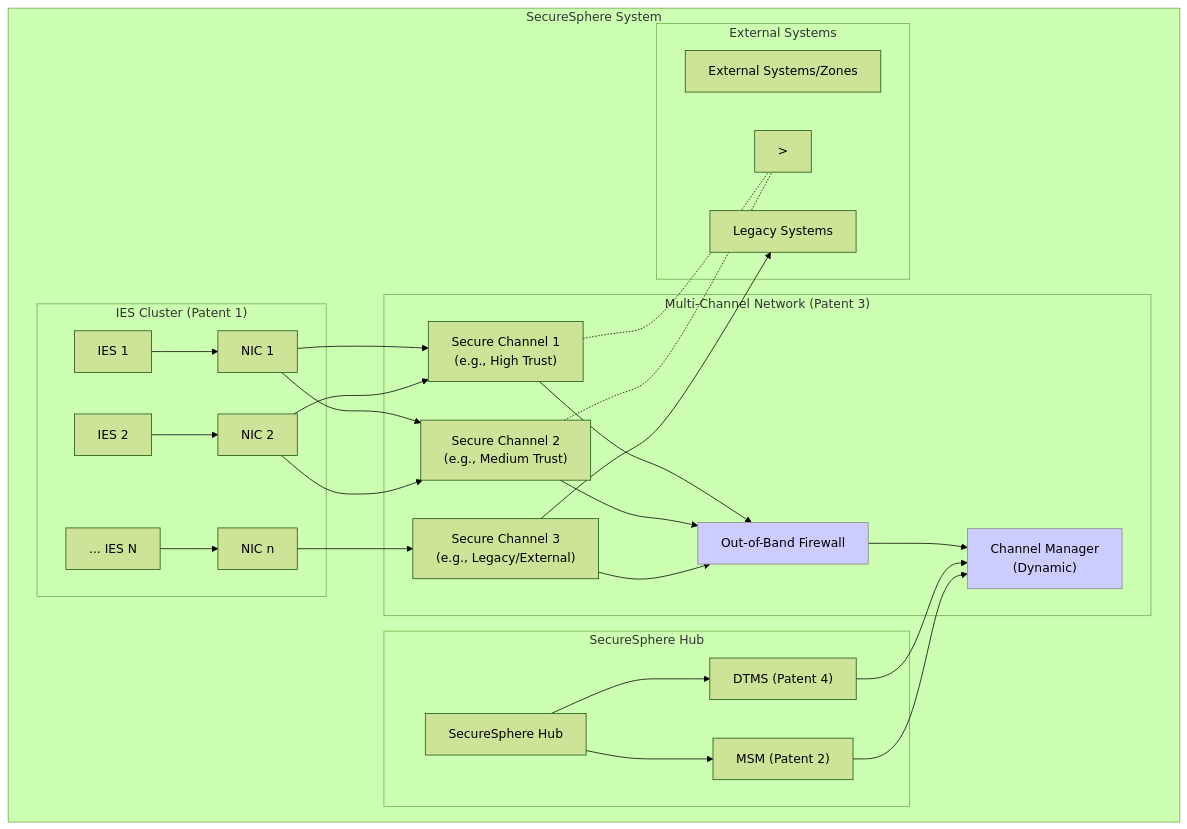
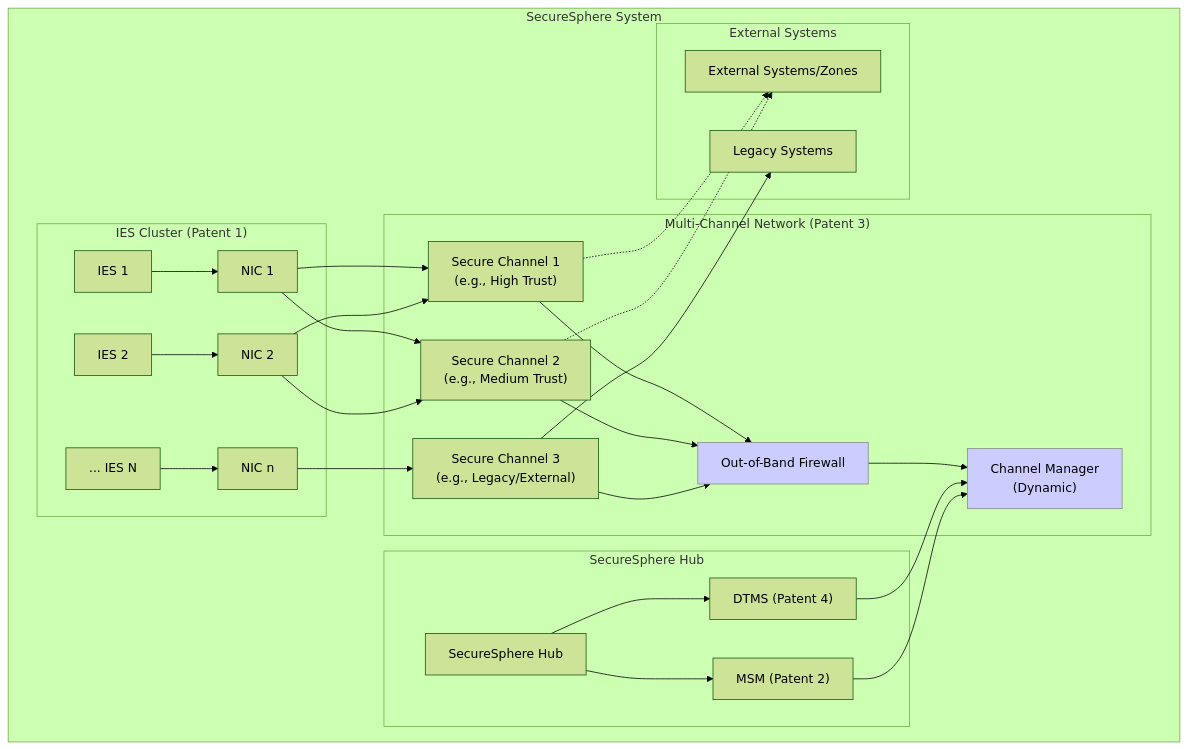
The tenth of 21 diagrams in 3.md (nshkrdotcom/ASKA), drawn with Mermaid (forest theme) before and after one commit. The commit also changed other lines of this file and 1 other file, not shown here.

````diff
--- a/3.md
+++ b/3.md
@@ -840,46 +840,46 @@
 ```mermaid
 graph LR
     subgraph "SecureSphere System"
         direction LR
         subgraph "IES Cluster (Patent 1)"
             IES1["IES 1"]
             IES2["IES 2"]
             IESn["... IES N"]
             IES1 --> NIC1["NIC 1"]
             IES2 --> NIC2["NIC 2"]
             IESn --> NICn["NIC n"]
         end
 
         subgraph "Multi-Channel Network (Patent 3)"
             Channel1["Secure Channel 1<br>(e.g., High Trust)"]
             Channel2["Secure Channel 2<br>(e.g., Medium Trust)"]
             Channel3["Secure Channel 3<br>(e.g., Legacy/External)"]
             NIC1 --> Channel1
             NIC1 --> Channel2
             NIC2 --> Channel1
             NIC2 --> Channel2
             NICn --> Channel3
             Channel1 --> Firewall["Out-of-Band Firewall"]
             Channel2 --> Firewall
             Channel3 --> Firewall
             Firewall --> ChannelManager["Channel Manager<br>(Dynamic)"]
         end
 
         subgraph "SecureSphere Hub"
             Hub["SecureSphere Hub"] --> DTMS["DTMS (Patent 4)"]
             Hub --> MSM["MSM (Patent 2)"]
             DTMS --> ChannelManager
             MSM --> ChannelManager
         end
 
         subgraph "External Systems"
             External["External Systems/Zones"]
             Legacy["Legacy Systems"]
-            Channel1 -.-&gt; External
-            Channel2 -.-&gt; External
+            Channel1 -.-> External
+            Channel2 -.-> External
             Channel3 --> Legacy        
         end
     end
     style Firewall fill:#ccf,stroke:#888
     style ChannelManager fill:#ccf,stroke:#888
 ```
````
